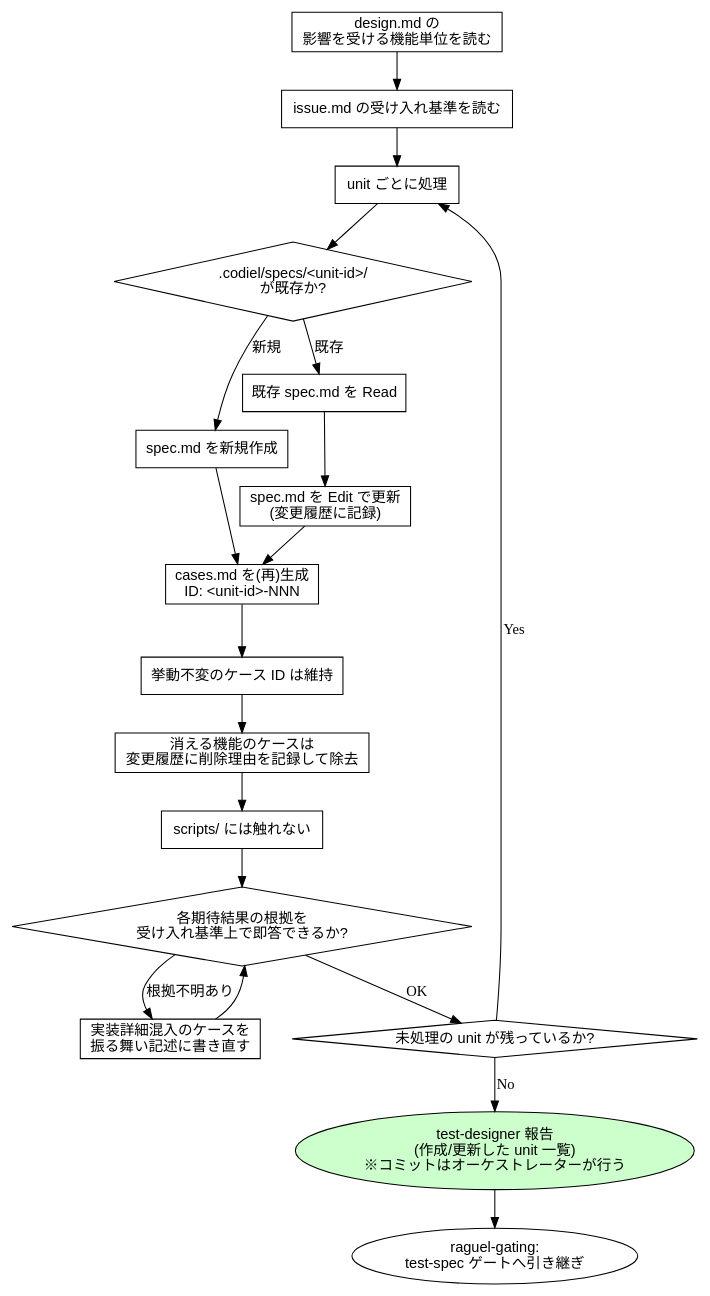
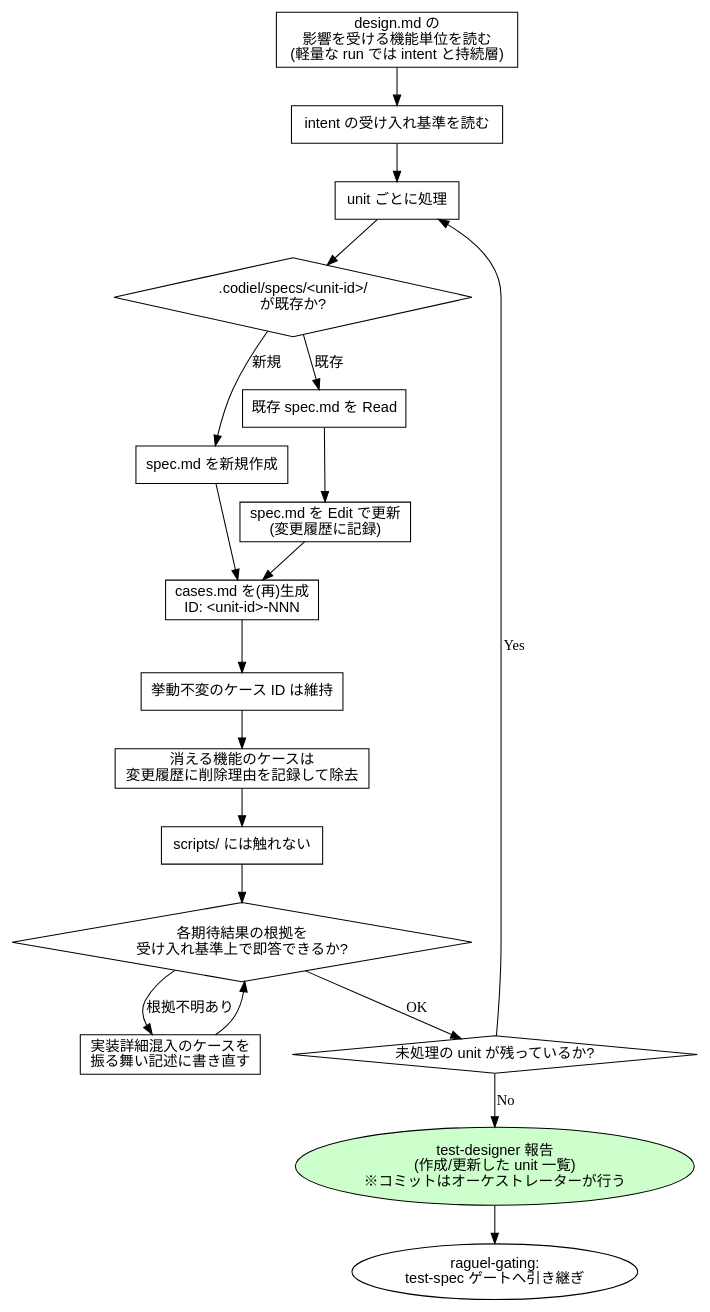
Before and after one commit to Amatsuka-kobo/amatsuka-claude-plugins: the fourth of 15 diagrams in plugins/codiel/docs/skill-flowcharts.md, drawn with Graphviz. The commit also changed other lines of this file and 15 other files, not shown here.

````diff
--- a/plugins/codiel/docs/skill-flowcharts.md
+++ b/plugins/codiel/docs/skill-flowcharts.md
@@ -143,37 +106,37 @@
 ```dot
 digraph writing_test_specs {
   rankdir=TB;
   node [fontname="sans-serif"];
 
-  read_design [label="design.md の\n影響を受ける機能単位を読む", shape=box];
-  read_criteria [label="issue.md の受け入れ基準を読む", shape=box];
+  read_design [label="design.md の\n影響を受ける機能単位を読む\n(軽量な run では intent と持続層)", shape=box];
+  read_criteria [label="intent の受け入れ基準を読む", shape=box];
   for_each_unit [label="unit ごとに処理", shape=box];
   exists [label=".codiel/specs/<unit-id>/\nが既存か?", shape=diamond];
   create_spec [label="spec.md を新規作成", shape=box];
   read_spec [label="既存 spec.md を Read", shape=box];
   update_spec [label="spec.md を Edit で更新\n(変更履歴に記録)", shape=box];
   gen_cases [label="cases.md を(再)生成\nID: <unit-id>-NNN", shape=box];
   keep_id [label="挙動不変のケース ID は維持", shape=box];
   removed [label="消える機能のケースは\n変更履歴に削除理由を記録して除去", shape=box];
   no_scripts [label="scripts/ には触れない", shape=box];
   selfcheck [label="各期待結果の根拠を\n受け入れ基準上で即答できるか?", shape=diamond];
   fix [label="実装詳細混入のケースを\n振る舞い記述に書き直す", shape=box];
   more_units [label="未処理の unit が残っているか?", shape=diamond];
   done [label="test-designer 報告\n(作成/更新した unit 一覧)\n※コミットはオーケストレーターが行う", shape=ellipse, style=filled, fillcolor="#ccffcc"];
   gate [label="raguel-gating:\ntest-spec ゲートへ引き継ぎ", shape=ellipse];
 
   read_design -> read_criteria -> for_each_unit -> exists;
   exists -> create_spec [label="新規"];
   exists -> read_spec [label="既存"];
   read_spec -> update_spec;
   create_spec -> gen_cases;
   update_spec -> gen_cases;
   gen_cases -> keep_id -> removed -> no_scripts -> selfcheck;
   selfcheck -> fix [label="根拠不明あり"];
   fix -> selfcheck;
   selfcheck -> more_units [label="OK"];
   more_units -> for_each_unit [label="Yes"];
   more_units -> done [label="No"];
   done -> gate;
 }
 ```
````
